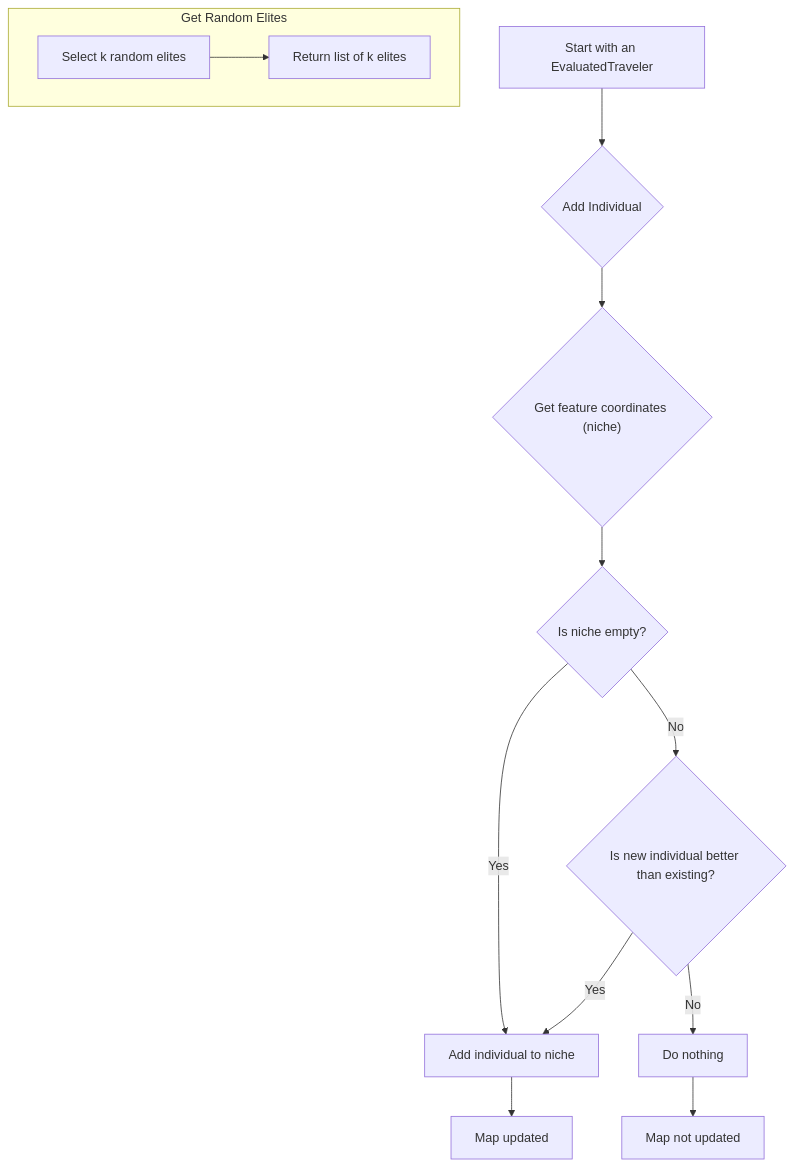
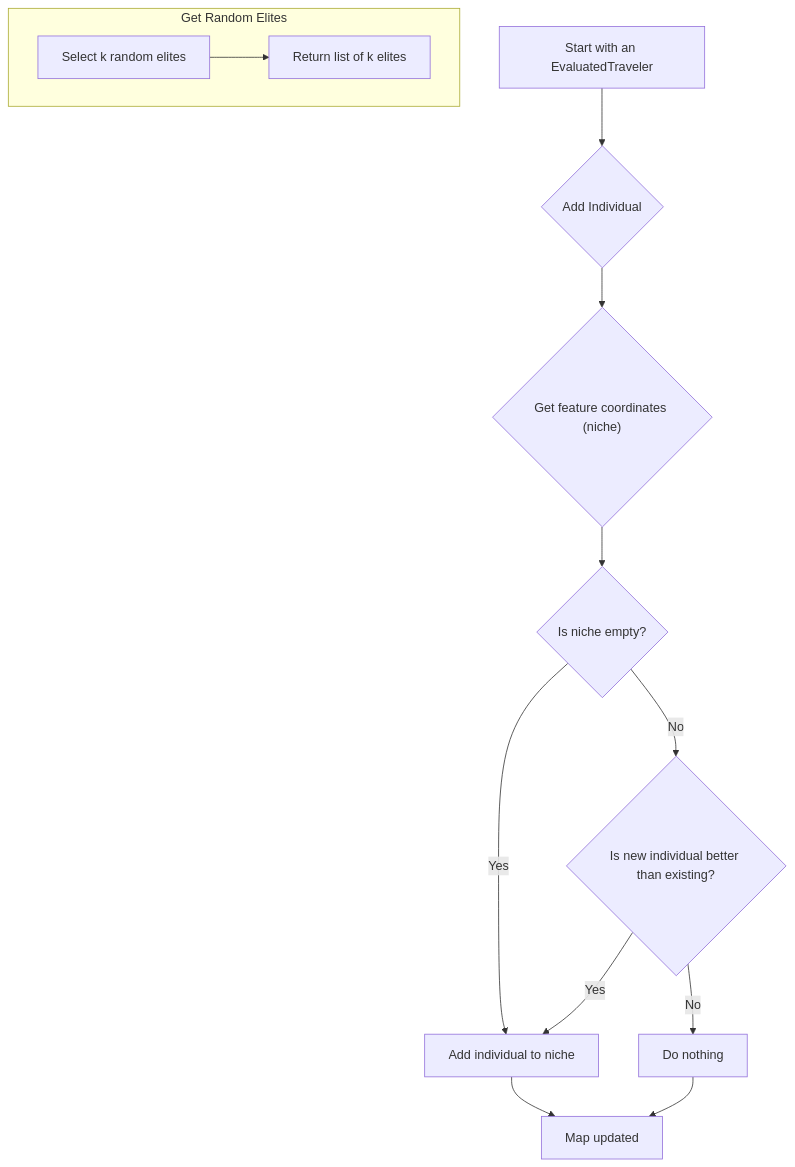
The diagram in map_elites/README.md (Keyhole-Koro/snackTraveler), drawn with Mermaid before and after one commit. The commit also changed 2 other files, not shown here.

Commit message:
fix: Update flow diagrams in README files for clarity and consistency

````diff
--- a/map_elites/README.md
+++ b/map_elites/README.md
@@ -3,16 +3,16 @@
 ```mermaid
 graph TD
     A[Start with an EvaluatedTraveler] --> B{Add Individual};
     B --> C{"Get feature coordinates (niche)"};
     C --> D{Is niche empty?};
     D -- Yes --> E[Add individual to niche];
     D -- No --> F{Is new individual better than existing?};
     F -- Yes --> E;
     F -- No --> G[Do nothing];
     E --> H[Map updated];
-    G --> I[Map not updated];
+    G --> H;
 
     subgraph "Get Random Elites"
         J[Select k random elites] --> K[Return list of k elites];
     end
 ```
````
